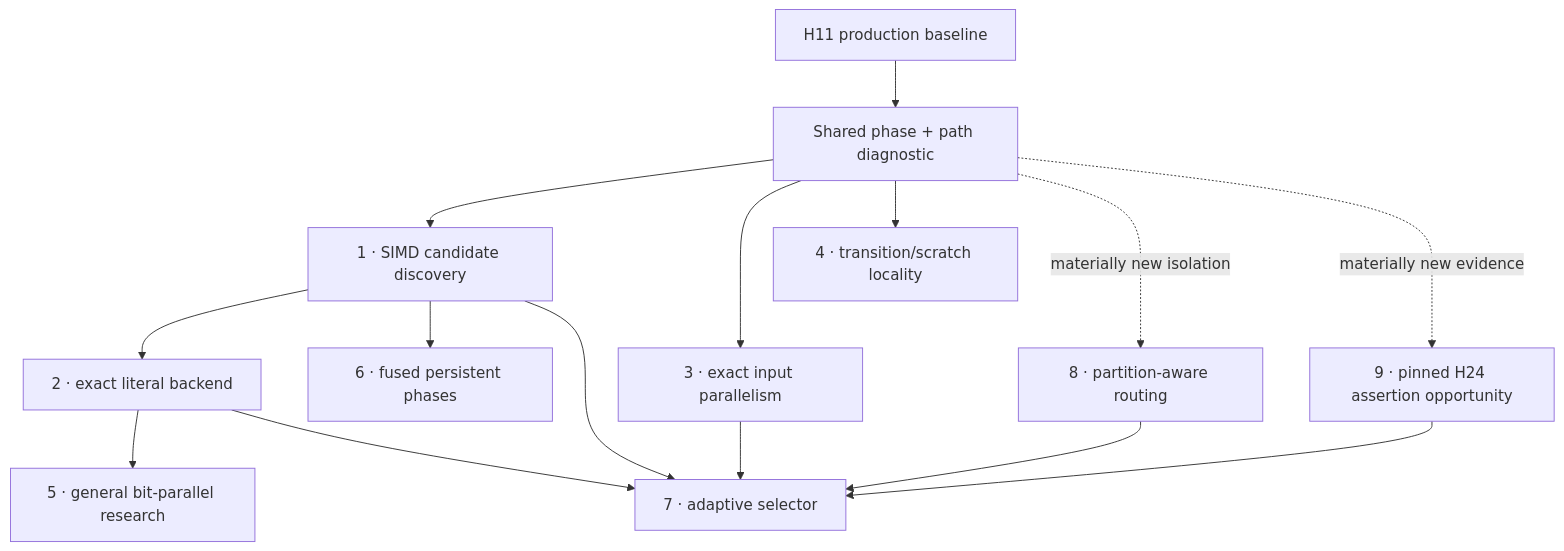
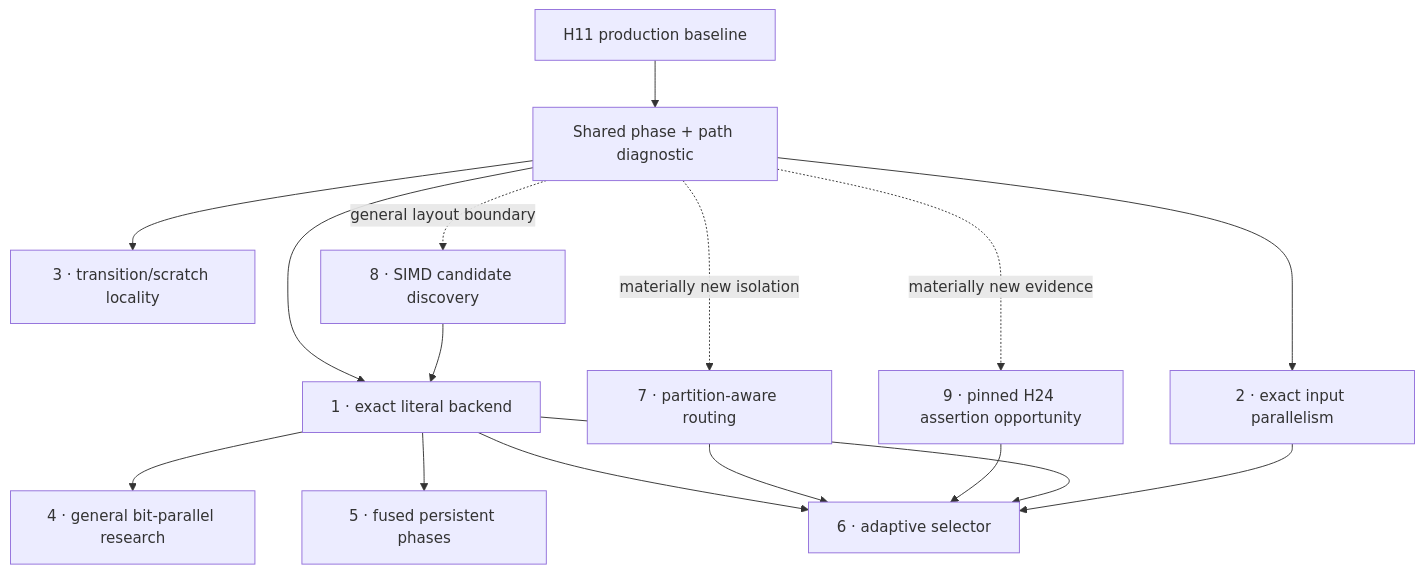
Before and after one commit to la3lma/rustmatch: the diagram in docs/experiments/post-h11-future-optimization-portfolio.md, drawn with Mermaid. The commit also changed other lines of this file and 10 other files, not shown here.

````diff
--- a/docs/experiments/post-h11-future-optimization-portfolio.md
+++ b/docs/experiments/post-h11-future-optimization-portfolio.md
@@ -159,17 +180,18 @@
 ```mermaid
 flowchart TD
     H11["H11 production baseline"] --> D0["Shared phase + path diagnostic"]
-    D0 --> S["1 · SIMD candidate discovery"]
-    S --> L["2 · exact literal backend"]
-    D0 --> I["3 · exact input parallelism"]
-    D0 --> C["4 · transition/scratch locality"]
-    L --> B["5 · general bit-parallel research"]
-    S --> F["6 · fused persistent phases"]
-    S --> X["7 · adaptive selector"]
-    D0 -. materially new isolation .-> R["8 · partition-aware routing"]
+    D0 --> L["1 · exact literal backend"]
+    D0 --> I["2 · exact input parallelism"]
+    D0 --> C["3 · transition/scratch locality"]
+    L --> B["4 · general bit-parallel research"]
+    L --> F["5 · fused persistent phases"]
+    L --> X["6 · adaptive selector"]
+    D0 -. materially new isolation .-> R["7 · partition-aware routing"]
+    D0 -. general layout boundary .-> S["8 · SIMD candidate discovery"]
     D0 -. materially new evidence .-> A["9 · pinned H24 assertion opportunity"]
     R --> X
+    S --> L
     A --> X
     L --> X
     I --> X
 ```
````
